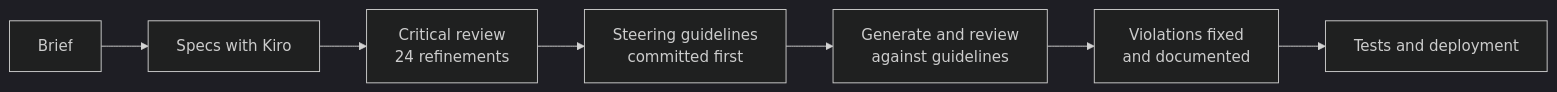
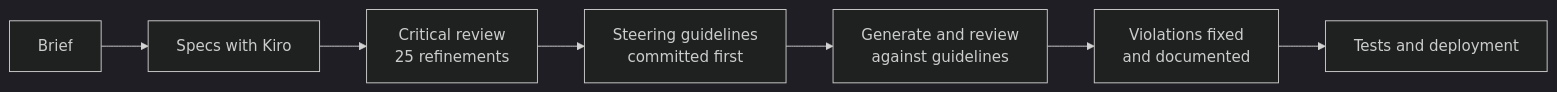
Before and after one commit to Revou-FSSE-Jun26/module-4-jimWilliam: the second of 2 diagrams in README.md, drawn with Mermaid (dark theme). The commit also changed other lines of this file and 63 other files, not shown here.

````diff
--- a/README.md
+++ b/README.md
@@ -230,4 +230,4 @@
 ```mermaid
 flowchart LR
-    A[Brief] --> B[Specs with Kiro] --> C[Critical review<br/>24 refinements] --> D[Steering guidelines<br/>committed first] --> E[Generate and review<br/>against guidelines] --> F[Violations fixed<br/>and documented] --> G[Tests and deployment]
+    A[Brief] --> B[Specs with Kiro] --> C[Critical review<br/>25 refinements] --> D[Steering guidelines<br/>committed first] --> E[Generate and review<br/>against guidelines] --> F[Violations fixed<br/>and documented] --> G[Tests and deployment]
 ```
````
